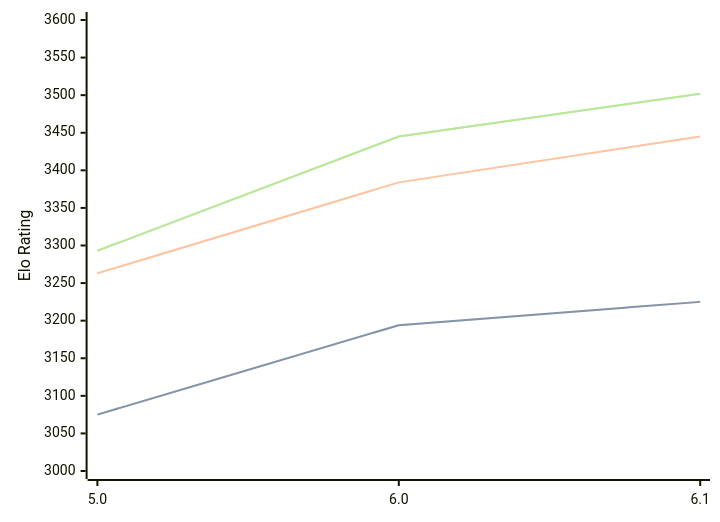
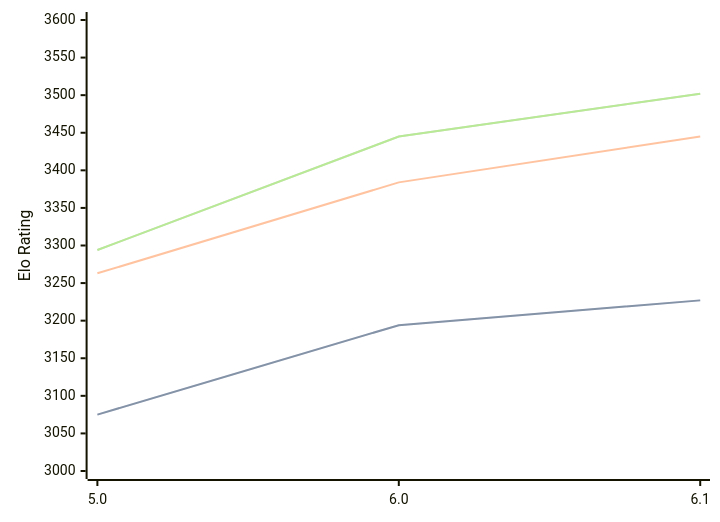
One commit to computer-chess-index/cci changed the diagram in engines/PZChessBot.md. Above: the diagram before and after it, drawn with Mermaid. The commit also changed other lines of this file, not shown here.

Commit message:
Update CCI Ratings (ELO VLTC) - 2026-03-21

````diff
--- a/engines/PZChessBot.md
+++ b/engines/PZChessBot.md
@@ -42,11 +42,11 @@
 ```mermaid
 %%{init: {"theme":"base","themeVariables":{"seriesColors:['#a3a3a3','#222221','#faa371']}}}%%
 xychart-beta
   x-axis ["5.0", "6.0", "6.1"]
   y-axis "Elo Rating" 3000 --> 3600
-  line "STC (8.0+0.08s)" [3075, 3194, 3225]
-  line "STC (8.0+0.08s)" [3075, 3194, 3225]
+  line "STC (8.0+0.08s)" [3075, 3194, 3227]
+  line "STC (8.0+0.08s)" [3075, 3194, 3227]
   line "LTC (60.0+0.60s)" [3263, 3384, 3445]
-  line "VLTC (2m24s+1.12s)" [3293, 3445, 3502]
-  line "VLTC (2m24s+1.12s)" [3293, 3445, 3502]
+  line "VLTC (2m24s+1.12s)" [3294, 3445, 3502]
+  line "VLTC (2m24s+1.12s)" [3294, 3445, 3502]
 ```
````
